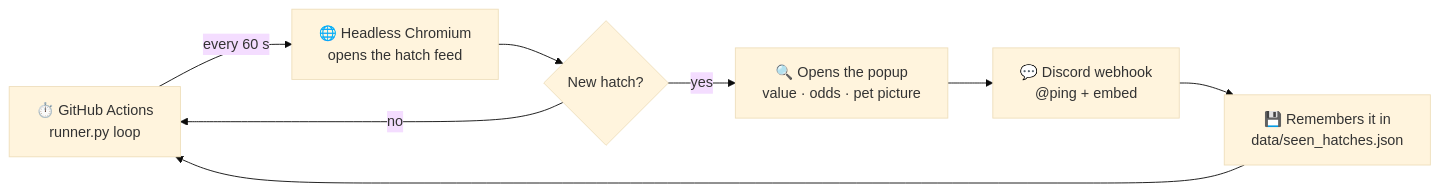
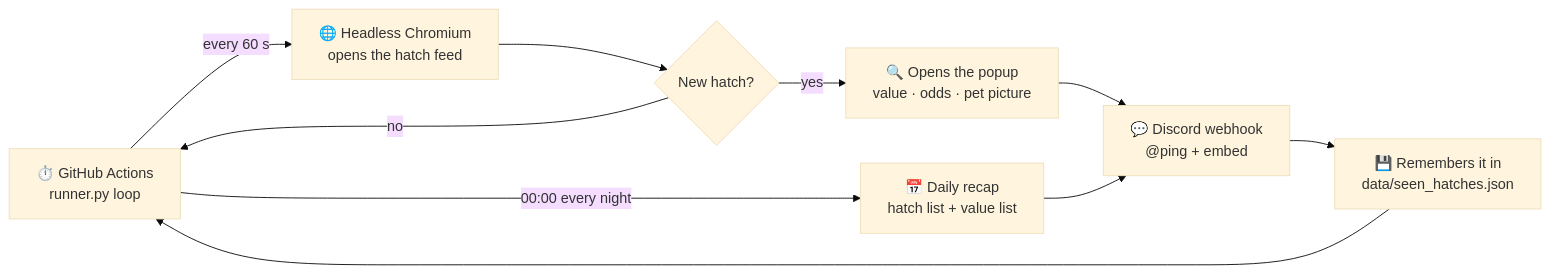
The diagram in README.md (sadecebar/pet-hatches), drawn with Mermaid (base theme) before and after one commit. The commit also changed other lines of this file and 1 other file, not shown here.

Commit message:
README: daily recap, what's new

````diff
--- a/README.md
+++ b/README.md
@@ -36,10 +62,12 @@
 ```mermaid
 flowchart LR
     A["⏱️ GitHub Actions<br/>runner.py loop"] -->|every 60 s| B["🌐 Headless Chromium<br/>opens the hatch feed"]
     B --> C{"New hatch?"}
     C -->|no| A
     C -->|yes| D["🔍 Opens the popup<br/>value · odds · pet picture"]
     D --> E["💬 Discord webhook<br/>@ping + embed"]
     E --> F["💾 Remembers it in<br/>data/seen_hatches.json"]
     F --> A
+    A -->|"00:00 every night"| G["📅 Daily recap<br/>hatch list + value list"]
+    G --> E
 ```
````
